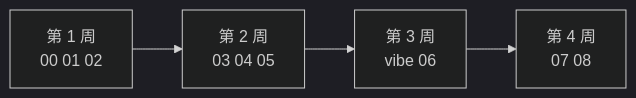
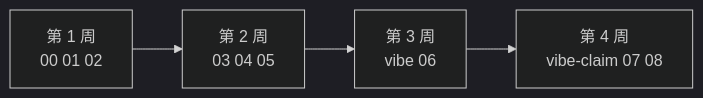
The first of 3 diagrams in README.md (SabreKeyZ/agent-xuetang), drawn with Mermaid (dark theme) before and after one commit. The commit also changed other lines of this file and 37 other files, not shown here.

````diff
--- a/README.md
+++ b/README.md
@@ -120,6 +120,6 @@
 ```mermaid
 flowchart LR
   W1["第 1 周<br/>00 01 02"] --> W2["第 2 周<br/>03 04 05"]
   W2 --> W3["第 3 周<br/>vibe 06"]
-  W3 --> W4["第 4 周<br/>07 08"]
+  W3 --> W4["第 4 周<br/>vibe-claim 07 08"]
 ```
````
